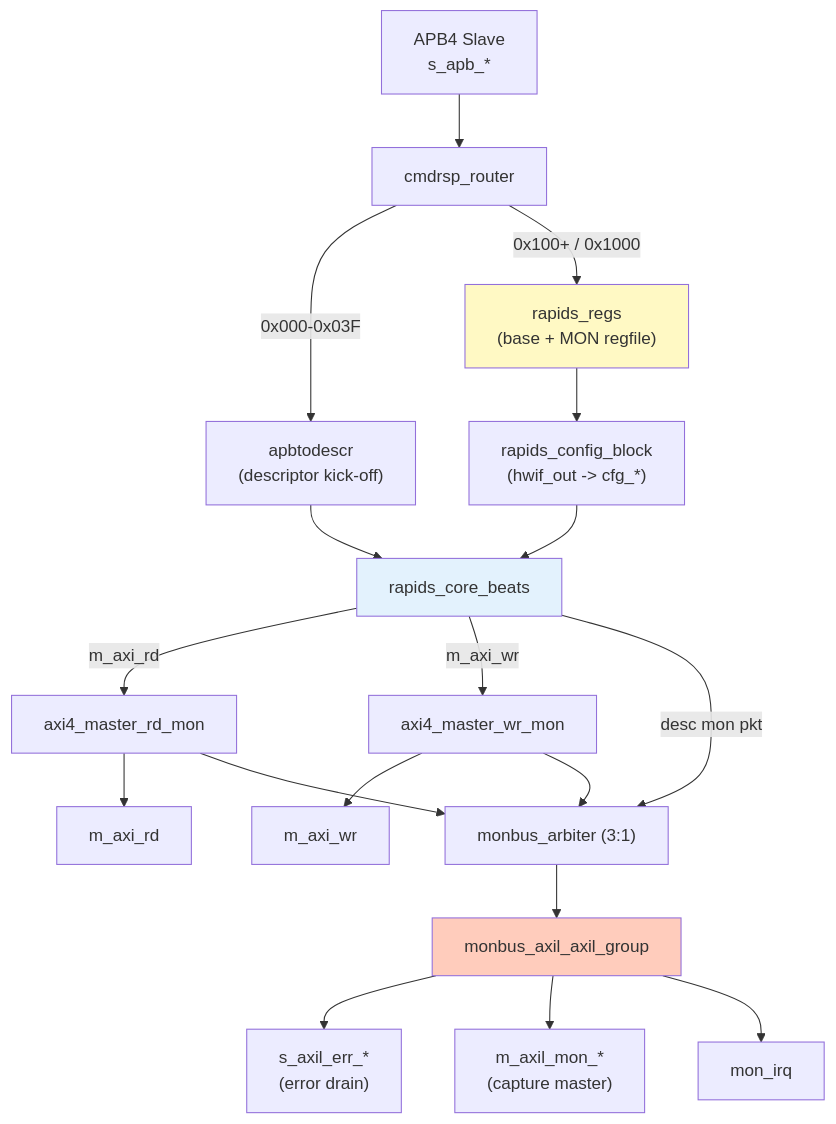
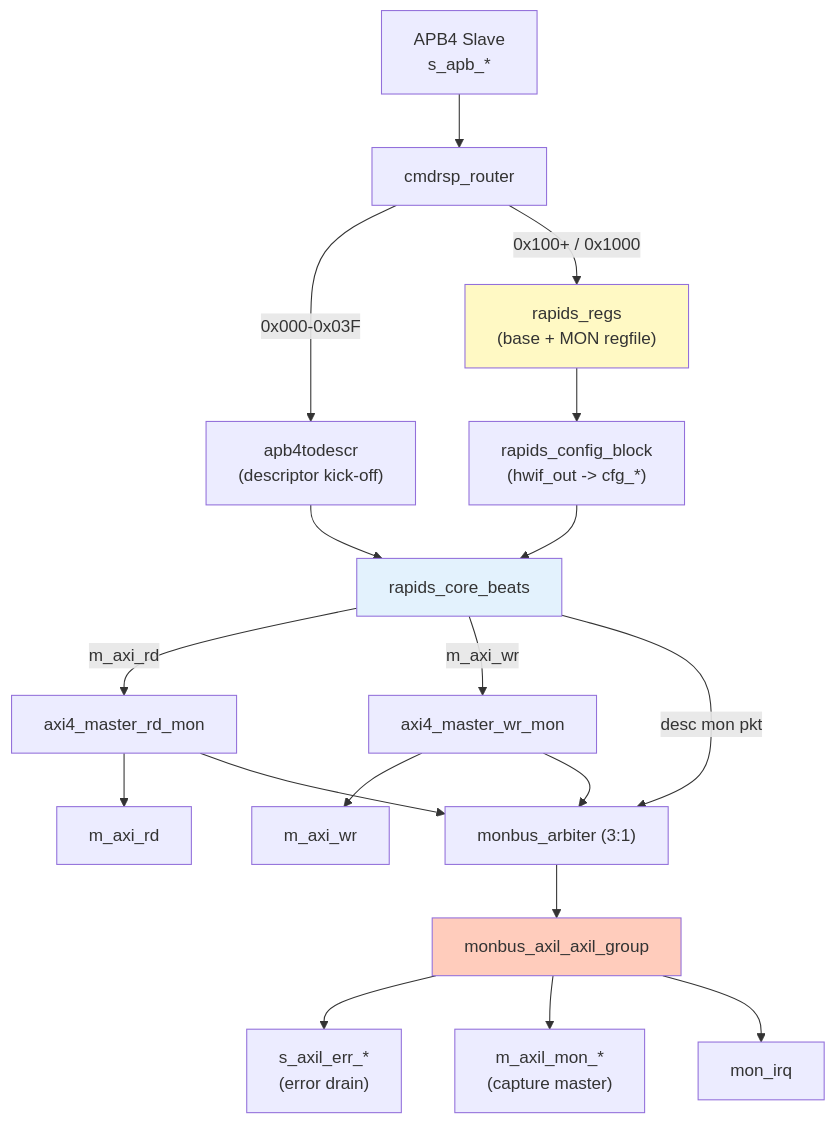
One commit to sean-galloway/RTLDesignSherpa changed the second of 2 diagrams in projects/components/dmas/rapids/docs/rapids_beats_has/ch02_architecture/01_block_diagram.md. Above: the diagram before and after it, drawn with Mermaid. The commit also changed other lines of this file and 751 other files, not shown here.

````diff
--- a/projects/components/dmas/rapids/docs/rapids_beats_has/ch02_architecture/01_block_diagram.md
+++ b/projects/components/dmas/rapids/docs/rapids_beats_has/ch02_architecture/01_block_diagram.md
@@ -110,26 +110,26 @@
 ```mermaid
 graph TB
     APB["APB4 Slave<br/>s_apb_*"] --> ROUTER["cmdrsp_router"]
-    ROUTER -->|"0x000-0x03F"| KICK["apbtodescr<br/>(descriptor kick-off)"]
+    ROUTER -->|"0x000-0x03F"| KICK["apb4todescr<br/>(descriptor kick-off)"]
     ROUTER -->|"0x100+ / 0x1000"| REGS["rapids_regs<br/>(base + MON regfile)"]
     REGS --> CFG["rapids_config_block<br/>(hwif_out -> cfg_*)"]
     KICK --> CORE["rapids_core_beats"]
     CFG --> CORE
 
     CORE -->|"m_axi_rd"| RDMON["axi4_master_rd_mon"]
     CORE -->|"m_axi_wr"| WRMON["axi4_master_wr_mon"]
     RDMON --> MRD["m_axi_rd"]
     WRMON --> MWR["m_axi_wr"]
 
     CORE -->|"desc mon pkt"| ARB["monbus_arbiter (3:1)"]
     RDMON --> ARB
     WRMON --> ARB
     ARB --> GRP["monbus_axil_axil_group"]
     GRP --> ERR["s_axil_err_*<br/>(error drain)"]
     GRP --> CAP["m_axil_mon_*<br/>(capture master)"]
     GRP --> IRQ["mon_irq"]
 
     style CORE fill:#e3f2fd
     style REGS fill:#fff9c4
     style GRP fill:#ffccbc
 ```
````
